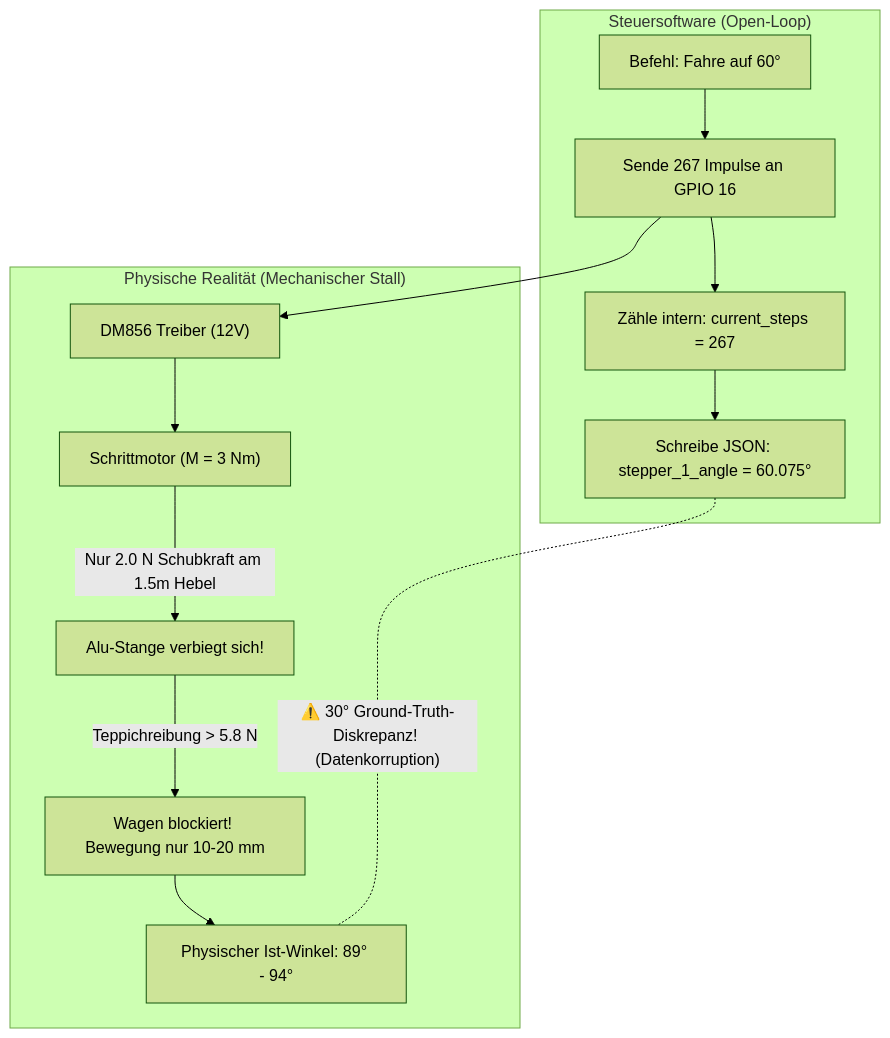
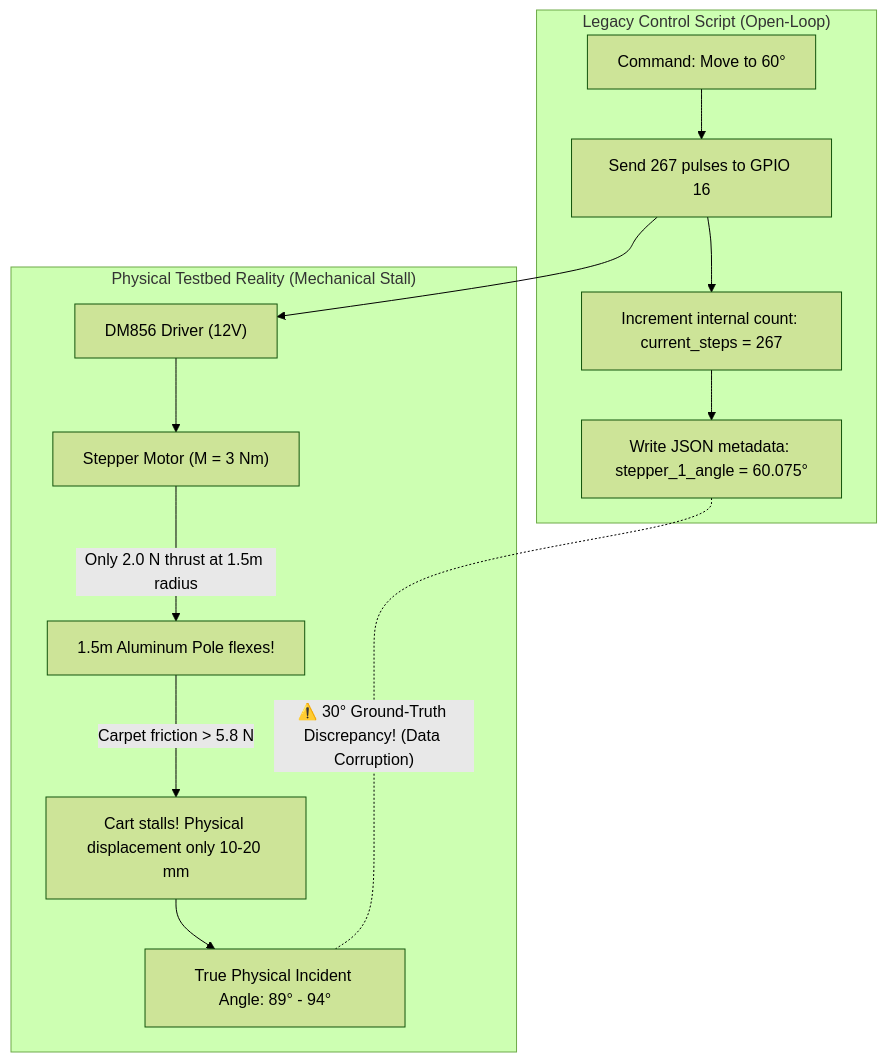
The second of 3 diagrams in 02_praktikum_audio_analysis_expert_report.md (jeraj001/Assistenzsystem), drawn with Mermaid (forest theme) before and after one commit. The commit also changed other lines of this file, not shown here.

````diff
--- a/02_praktikum_audio_analysis_expert_report.md
+++ b/02_praktikum_audio_analysis_expert_report.md
@@ -298,18 +298,18 @@
 ```mermaid
 flowchart TD
-    subgraph Software["Steuersoftware (Open-Loop)"]
-        CMD["Befehl: Fahre auf 60°"] --> PULSE["Sende 267 Impulse an GPIO 16"]
-        PULSE --> COUNT["Zähle intern: current_steps = 267"]
-        COUNT --> META["Schreibe JSON: stepper_1_angle = 60.075°"]
+    subgraph Software["Legacy Control Script (Open-Loop)"]
+        CMD["Command: Move to 60°"] --> PULSE["Send 267 pulses to GPIO 16"]
+        PULSE --> COUNT["Increment internal count: current_steps = 267"]
+        COUNT --> META["Write JSON metadata: stepper_1_angle = 60.075°"]
     end
 
-    subgraph HardwareFailure["Physische Realität (Mechanischer Stall)"]
-        PULSE --> DRIVER["DM856 Treiber (12V)"]
-        DRIVER --> MOTOR["Schrittmotor (M = 3 Nm)"]
-        MOTOR -- "Nur 2.0 N Schubkraft am 1.5m Hebel" --> ROD["Alu-Stange verbiegt sich!"]
-        ROD -- "Teppichreibung > 5.8 N" --> CART["Wagen blockiert! Bewegung nur 10-20 mm"]
-        CART --> REALITY["Physischer Ist-Winkel: 89° - 94°"]
+    subgraph HardwareFailure["Physical Testbed Reality (Mechanical Stall)"]
+        PULSE --> DRIVER["DM856 Driver (12V)"]
+        DRIVER --> MOTOR["Stepper Motor (M = 3 Nm)"]
+        MOTOR -- "Only 2.0 N thrust at 1.5m radius" --> ROD["1.5m Aluminum Pole flexes!"]
+        ROD -- "Carpet friction > 5.8 N" --> CART["Cart stalls! Physical displacement only 10-20 mm"]
+        CART --> REALITY["True Physical Incident Angle: 89° - 94°"]
     end
 
-    META -. "⚠️ 30° Ground-Truth-Diskrepanz! (Datenkorruption)" .- REALITY
+    META -. "⚠️ 30° Ground-Truth Discrepancy! (Data Corruption)" .- REALITY
 ```
````
